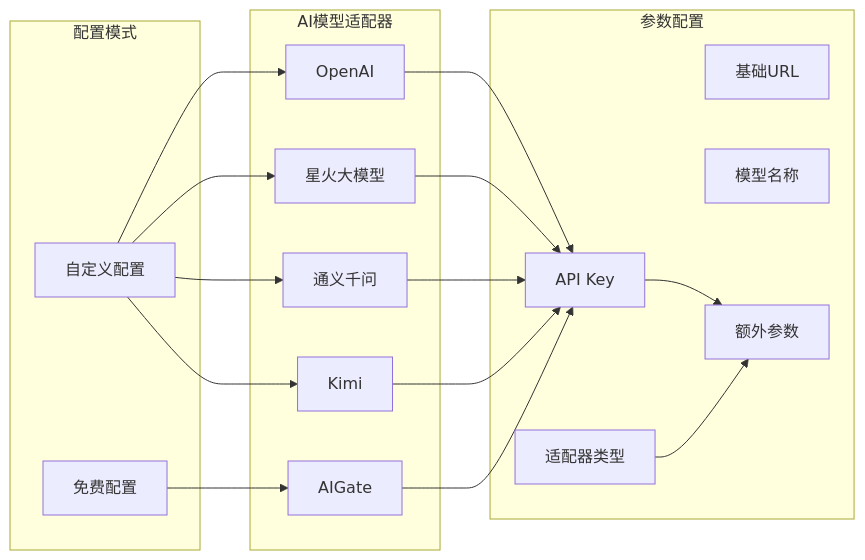
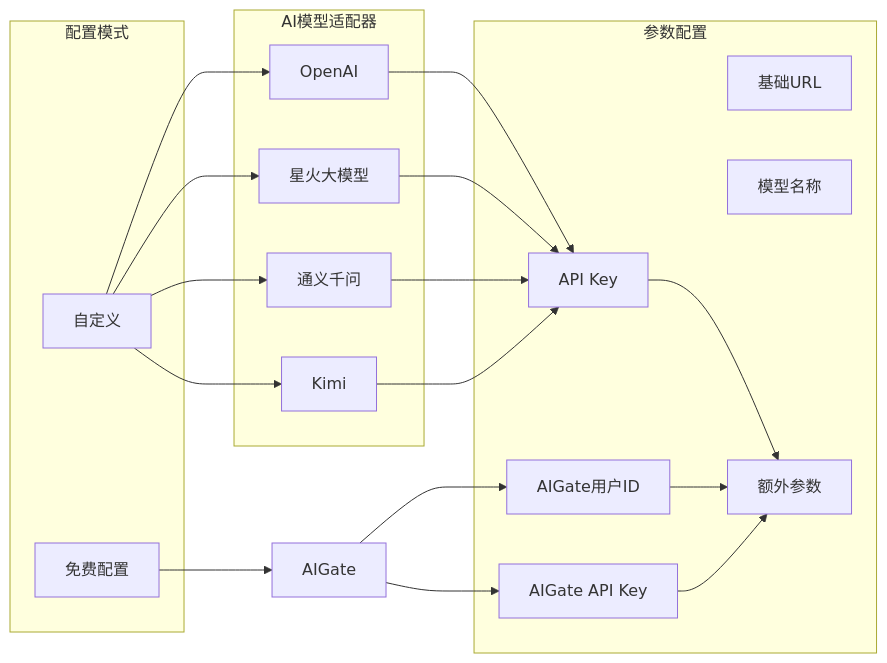
One commit to RadiumAg/bilibili-favorites changed the seventh of 11 diagrams in .qoder/repowiki/zh/content/核心功能模块/AI关键词提取系统.md. Above: the diagram before and after it, drawn with Mermaid. The commit also changed other lines of this file and 27 other files, not shown here.

````diff
--- a/.qoder/repowiki/zh/content/核心功能模块/AI关键词提取系统.md
+++ b/.qoder/repowiki/zh/content/核心功能模块/AI关键词提取系统.md
@@ -506,33 +389,36 @@
 ```mermaid
 graph LR
 subgraph "配置模式"
 Custom[自定义配置]
 Free[免费配置]
 end
 subgraph "AI模型适配器"
 OpenAI[OpenAI]
 Spark[星火大模型]
 Qwen[通义千问]
 Kimi[Kimi]
-AIGate[AIGate]
+Custom[自定义]
 end
 subgraph "参数配置"
 APIKey[API Key]
 BaseURL[基础URL]
 Model[模型名称]
 ExtraParams[额外参数]
-Adapter[适配器类型]
+AIGateUserId[AIGate用户ID]
+AIGateApiKey[AIGate API Key]
 end
 Custom --> OpenAI
 Custom --> Spark
 Custom --> Qwen
 Custom --> Kimi
 Free --> AIGate
 OpenAI --> APIKey
 Spark --> APIKey
 Qwen --> APIKey
 Kimi --> APIKey
-AIGate --> APIKey
+AIGate --> AIGateUserId
+AIGate --> AIGateApiKey
 APIKey --> ExtraParams
-Adapter --> ExtraParams
+AIGateUserId --> ExtraParams
+AIGateApiKey --> ExtraParams
 ```
````
